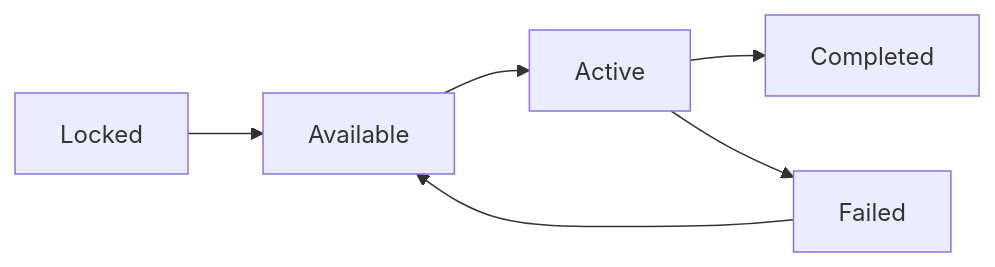
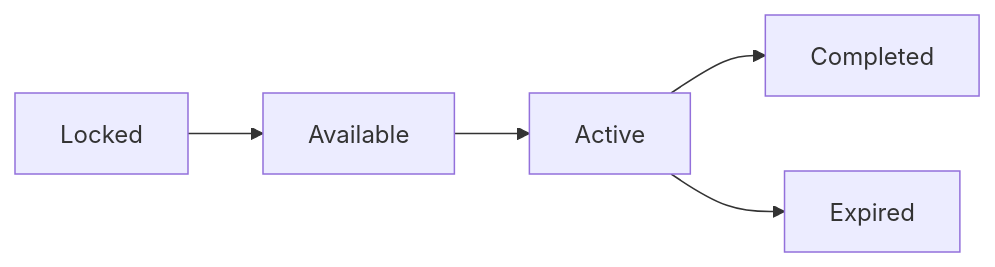
Before and after one commit to KnightNiwrem/Digital-Pets: the diagram in specs/quests.md, drawn with Mermaid. The commit also changed other lines of this file and 15 other files, not shown here.

````diff
--- a/specs/quests.md
+++ b/specs/quests.md
@@ -32,8 +34,7 @@
 ```mermaid
 graph LR
     Locked --> Available
     Available --> Active
     Active --> Completed
-    Active --> Failed
-    Failed --> Available
+    Active --> Expired
 ```
````
